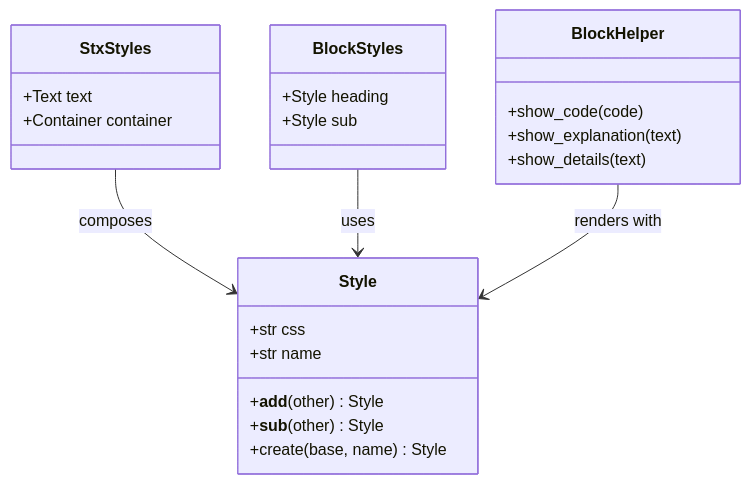
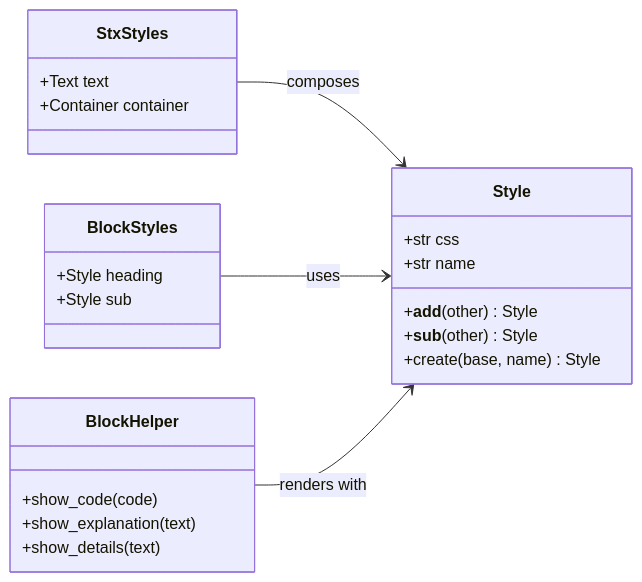
One commit to nicolasguelfi/streamtex changed the diagram in documentation/manuals/stx_manual_advanced/static/diagrams/class_diagram.mmd. Above: the diagram before and after it, drawn with Mermaid. The commit also changed 20 other files, not shown here.

First line of the commit message:
Enhance StreamTeX documentation and functionality for zoom and diagram rendering

```diff
--- a/documentation/manuals/stx_manual_advanced/static/diagrams/class_diagram.mmd
+++ b/documentation/manuals/stx_manual_advanced/static/diagrams/class_diagram.mmd
@@ -1,25 +1,27 @@
+%%{init: {'class': {'rankSpacing': 30, 'nodeSpacing': 20}}}%%
 classDiagram
+    direction LR
     class Style {
         +str css
         +str name
         +__add__(other) Style
         +__sub__(other) Style
         +create(base, name) Style
     }
     class StxStyles {
         +Text text
         +Container container
     }
     class BlockStyles {
         +Style heading
         +Style sub
     }
     class BlockHelper {
         +show_code(code)
         +show_explanation(text)
         +show_details(text)
     }
 
     StxStyles --> Style : composes
     BlockStyles --> Style : uses
     BlockHelper --> Style : renders with
```
